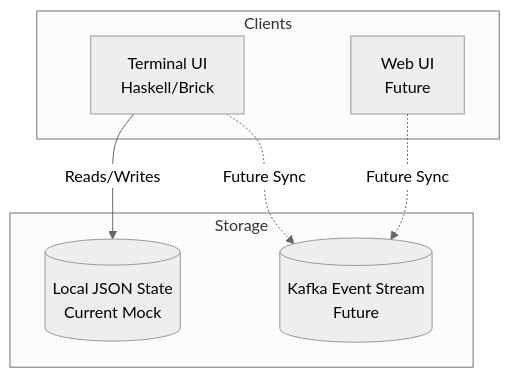
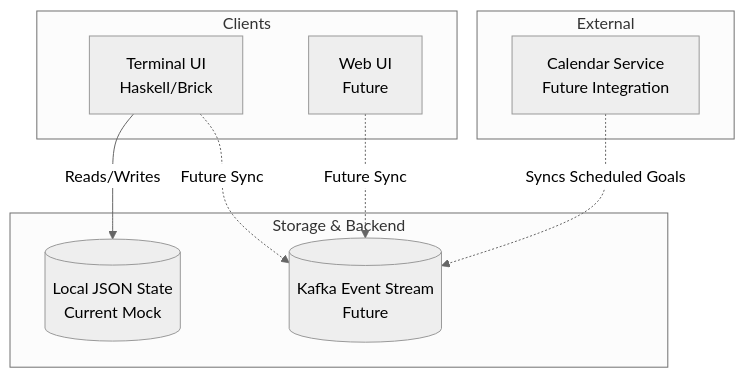
Before and after one commit to jsirsch/_next-goal: the diagram in README.md, drawn with Mermaid (neutral theme).

Commit message:
Docs: Add Calendar to architecture overview

````diff
--- a/README.md
+++ b/README.md
@@ -15,16 +15,22 @@
 ```mermaid
 flowchart TD
     subgraph Clients
         TUI[Terminal UI<br/>Haskell/Brick]
         Web[Web UI<br/>Future]
     end
 
-    subgraph Storage
+    subgraph Storage & Backend
         LocalFile[(Local JSON State<br/>Current Mock)]
         EventStream[(Kafka Event Stream<br/>Future)]
+    end
+
+    subgraph External
+        Calendar[Calendar Service<br/>Future Integration]
     end
 
     TUI -->|Reads/Writes| LocalFile
     TUI -.->|Future Sync| EventStream
     Web -.->|Future Sync| EventStream
+    
+    Calendar -.->|Syncs Scheduled Goals| EventStream
 ```
````
